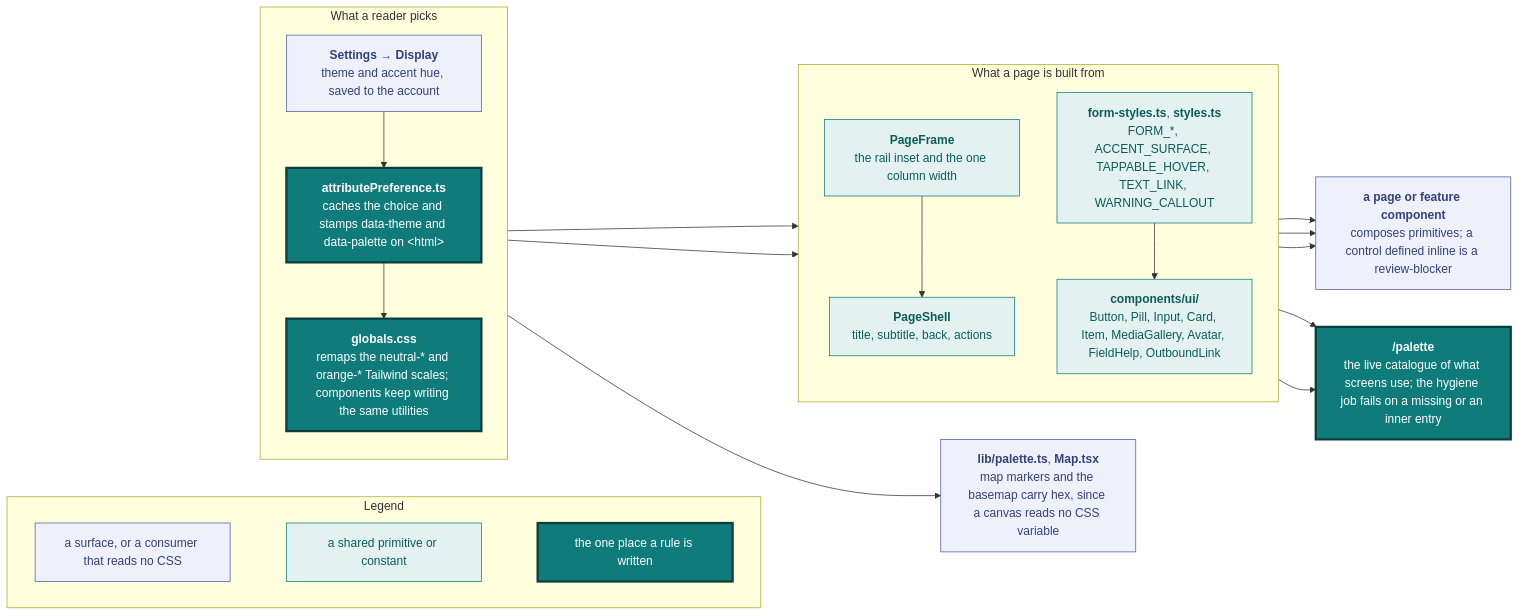
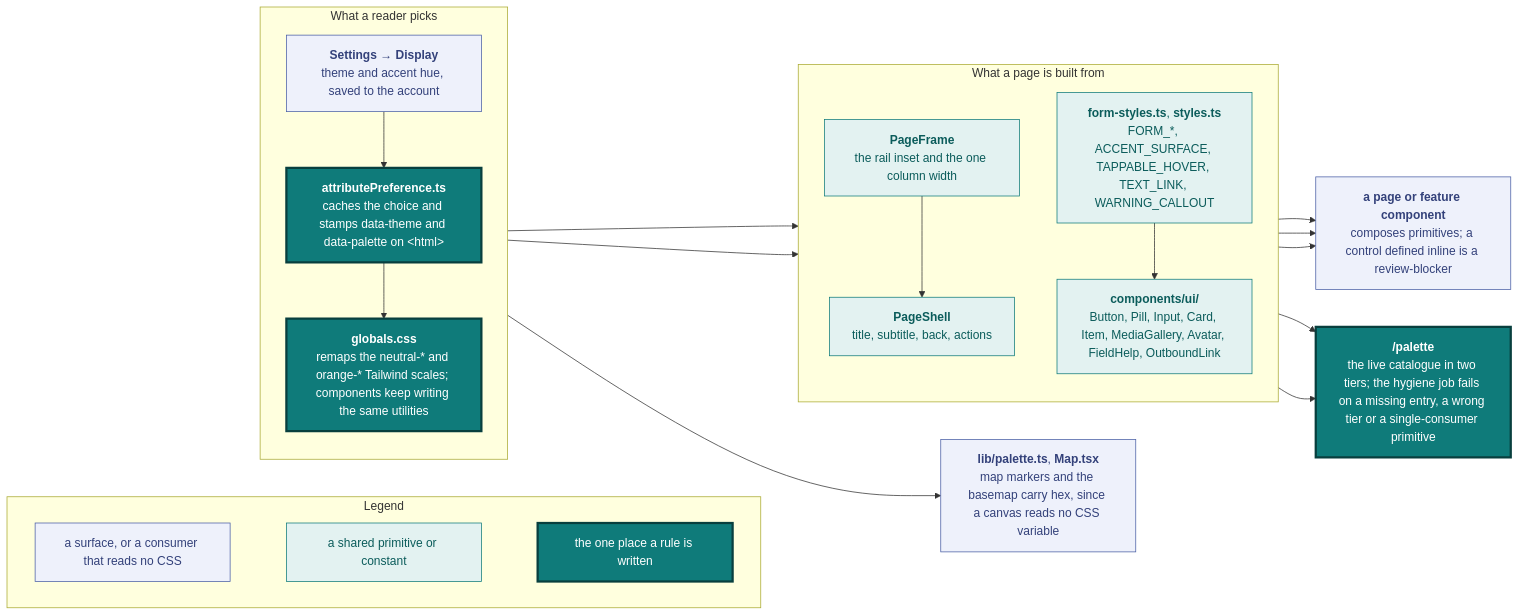
Before and after one commit to vidithq/vidit: the first of 23 diagrams in docs/design.md, drawn with Mermaid. The commit also changed other lines of this file and 35 other files, not shown here.

First line of the commit message:
refactor(palette): two tiers from the import graph, no single-consumer primitive

````diff
--- a/docs/design.md
+++ b/docs/design.md
@@ -5,56 +5,56 @@
 ```mermaid
 flowchart LR
   classDef spec fill:#eef1fb,stroke:#4a5fa5,color:#33417a
   classDef shared fill:#e3f2f1,stroke:#0f7b7a,color:#0b5c5b
   classDef core fill:#0f7b7a,stroke:#083f3e,stroke-width:3px,color:#ffffff
 
   subgraph legend [Legend]
     direction LR
     l1["`a surface, or a consumer that reads no CSS`"]:::spec
     l2["`a shared primitive or constant`"]:::shared
     l3["`the one place a rule is written`"]:::core
     l1 ~~~ l2 ~~~ l3
   end
 
   subgraph pref [What a reader picks]
     direction TB
     settings["`**Settings → Display**
     theme and accent hue, saved to the account`"]:::spec
     attr["`**attributePreference.ts**
     caches the choice and stamps data-theme and data-palette on &lt;html&gt;`"]:::core
     globals["`**globals.css**
     remaps the neutral-* and orange-* Tailwind scales; components keep writing the same utilities`"]:::core
     settings --> attr --> globals
   end
 
   canvas["`**lib/palette.ts**, **Map.tsx**
   map markers and the basemap carry hex, since a canvas reads no CSS variable`"]:::spec
 
   subgraph build [What a page is built from]
     direction TB
     frame["`**PageFrame**
     the rail inset and the one column width`"]:::shared
     shell["`**PageShell**
     title, subtitle, back, actions`"]:::shared
     prims["`**components/ui/**
     Button, Pill, Input, Card, Item, MediaGallery, Avatar, FieldHelp, OutboundLink`"]:::shared
     consts["`**form-styles.ts**, **styles.ts**
     FORM_*, ACCENT_SURFACE, TAPPABLE_HOVER, TEXT_LINK, WARNING_CALLOUT`"]:::shared
     frame --> shell
     consts --> prims
   end
 
   page["`**a page or feature component**
   composes primitives; a control defined inline is a review-blocker`"]:::spec
   catalogue["`**/palette**
-  the live catalogue of what screens use; the hygiene job fails on a missing or an inner entry`"]:::core
+  the live catalogue in two tiers; the hygiene job fails on a missing entry, a wrong tier or a single-consumer primitive`"]:::core
 
   globals --> prims
   globals --> consts
   attr --> canvas
   shell --> page
   prims --> page
   consts --> page
   prims --> catalogue
   consts --> catalogue
 ```
````
